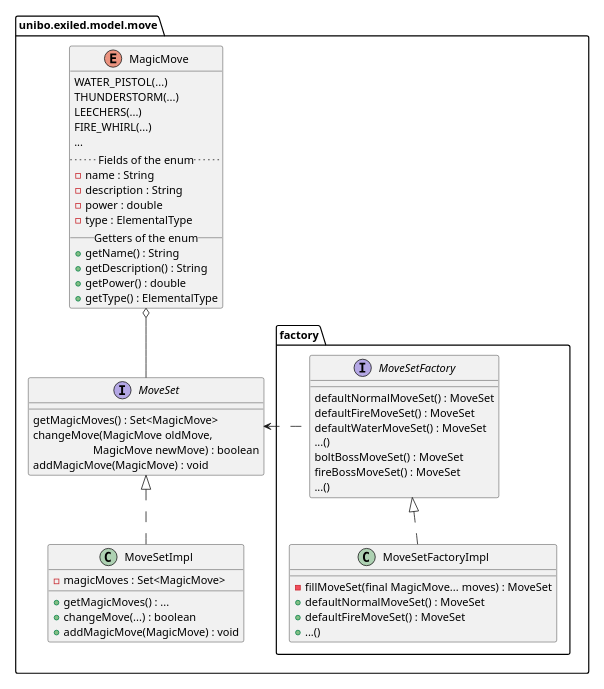
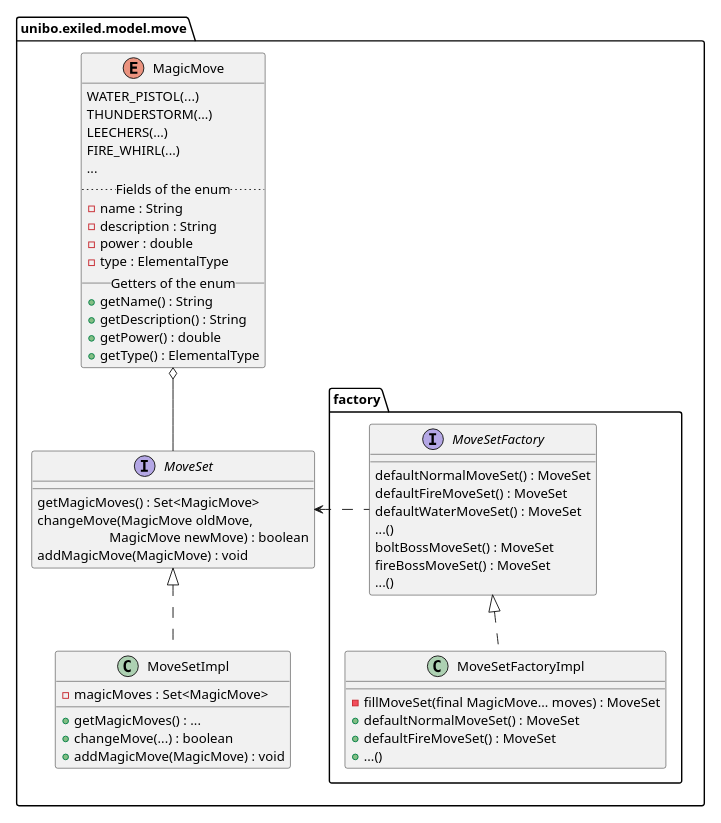
One commit to unibo-oop-projects/OOP23-Baldoni-Beylax-Casadei-MarcoMagnani03-Pazzaglia-exiled changed the diagram in docs/character/moves/moves-uml.puml. Above: the diagram before and after it, drawn with PlantUML. The commit also changed 7 other files, not shown here.

```diff
--- a/docs/character/moves/moves-uml.puml
+++ b/docs/character/moves/moves-uml.puml
@@ -1,54 +1,54 @@
 @startuml
-scale 0.50
+scale 0.60
 set separator none
 package unibo.exiled.model.move
 {
     enum MagicMove{
         {field} WATER_PISTOL(...)
         {field} THUNDERSTORM(...)
         {field} LEECHERS(...)
         {field} FIRE_WHIRL(...)
         {field} ...
         .. Fields of the enum ..
         - name : String
         - description : String
         - power : double
         - type : ElementalType
         __ Getters of the enum __
         + getName() : String
         + getDescription() : String
         + getPower() : double
         + getType() : ElementalType
     }
     interface MoveSet {
         getMagicMoves() : Set<MagicMove>
         changeMove(MagicMove oldMove,\n                     MagicMove newMove) : boolean
         addMagicMove(MagicMove) : void
     }
     class MoveSetImpl implements MoveSet{
         - magicMoves : Set<MagicMove>
         + getMagicMoves() : ...
         + changeMove(...) : boolean
         + addMagicMove(MagicMove) : void
     }
     package factory{
         interface MoveSetFactory {
             defaultNormalMoveSet() : MoveSet
             defaultFireMoveSet() : MoveSet
             defaultWaterMoveSet() : MoveSet
             ...()
             boltBossMoveSet() : MoveSet
             fireBossMoveSet() : MoveSet
             ...()
         }
         class MoveSetFactoryImpl implements MoveSetFactory {
             - fillMoveSet(final MagicMove... moves) : MoveSet
             + defaultNormalMoveSet() : MoveSet
             + defaultFireMoveSet() : MoveSet
             +...()
         }
     }
 }
 MoveSet <. MoveSetFactory
 MagicMove o-- MoveSet
 @enduml
```
